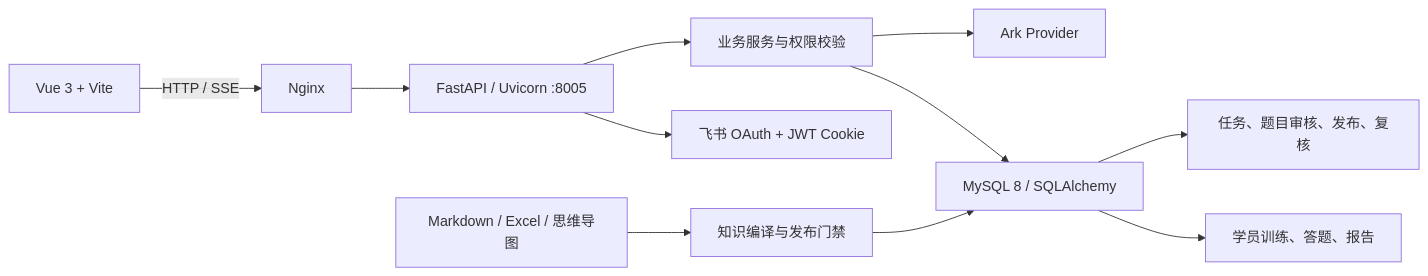
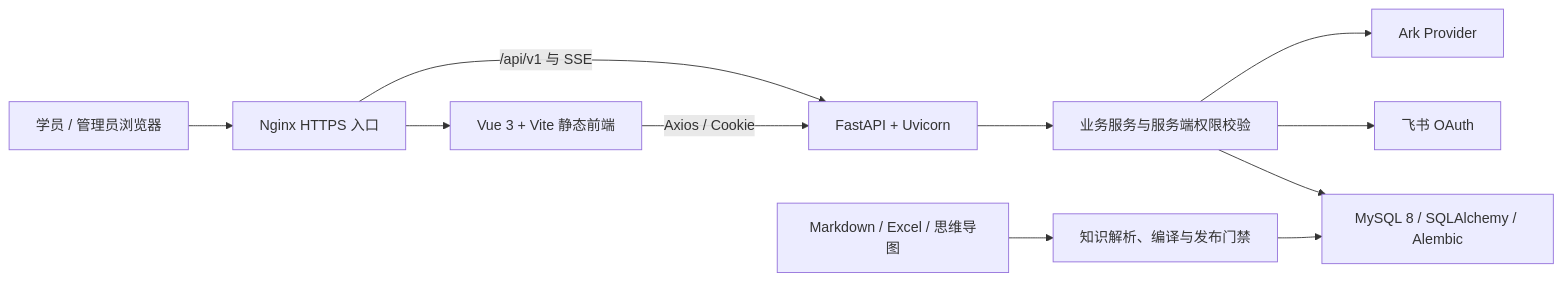
One commit to JzzzX/ai-customer-service-training changed the first of 5 diagrams in README.md. Above: the diagram before and after it, drawn with Mermaid. The commit also changed other lines of this file and 18 other files, not shown here.

````diff
--- a/README.md
+++ b/README.md
@@ -14,13 +34,13 @@
 ```mermaid
 flowchart LR
-  Browser["Vue 3 + Vite"] -->|HTTP / SSE| Nginx["Nginx"]
-  Nginx --> API["FastAPI / Uvicorn :8005"]
-  API --> Auth["飞书 OAuth + JWT Cookie"]
-  API --> Services["业务服务与权限校验"]
-  Services --> MySQL["MySQL 8 / SQLAlchemy"]
+  User["学员 / 管理员浏览器"] --> Nginx["Nginx HTTPS 入口"]
+  Nginx --> Vue["Vue 3 + Vite 静态前端"]
+  Nginx -->|"/api/v1 与 SSE"| API["FastAPI + Uvicorn"]
+  Vue -->|"Axios / Cookie"| API
+  API --> Services["业务服务与服务端权限校验"]
+  Services --> MySQL["MySQL 8 / SQLAlchemy / Alembic"]
+  Services --> Feishu["飞书 OAuth"]
   Services --> Ark["Ark Provider"]
-  Content["Markdown / Excel / 思维导图"] --> Compiler["知识编译与发布门禁"]
+  Sources["Markdown / Excel / 思维导图"] --> Compiler["知识解析、编译与发布门禁"]
   Compiler --> MySQL
-  MySQL --> Learner["学员训练、答题、报告"]
-  MySQL --> Admin["任务、题目审核、发布、复核"]
 ```
````
